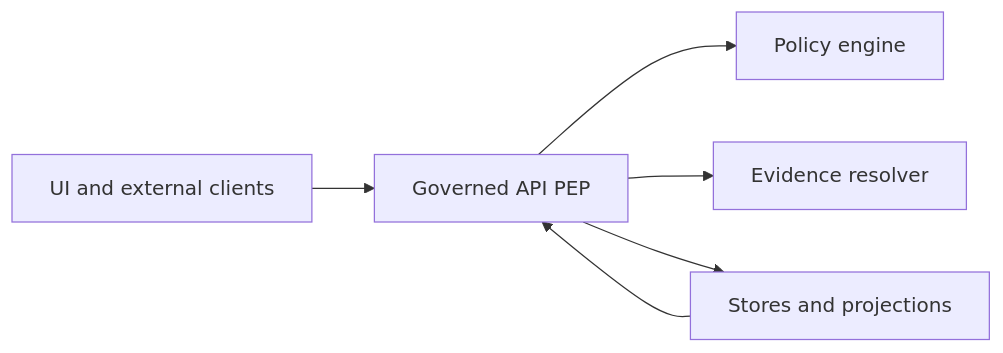
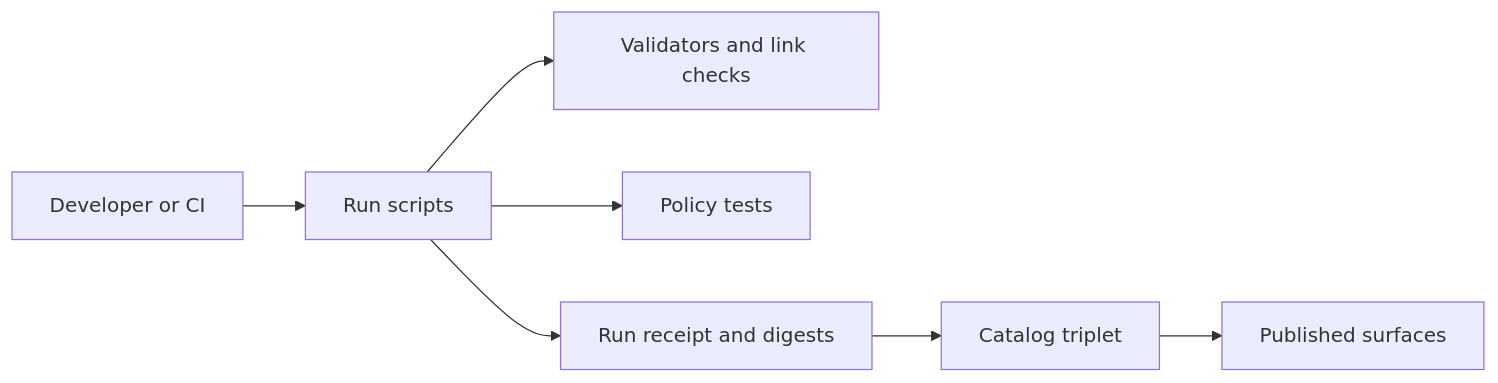
The diagram in scripts/README.md (bartytime4life/Kansas-Frontier-Matrix), drawn with Mermaid before and after one commit. The commit also changed other lines of this file, not shown here.

First line of the commit message:
Revise README.md for scripts governance and automation

````diff
--- a/scripts/README.md
+++ b/scripts/README.md
@@ -171,8 +169,9 @@
-```mermaid
+~~~mermaid
 flowchart LR
-  Client[UI and external clients] --> PEP[Governed API PEP]
-  PEP --> Policy[Policy engine]
-  PEP --> Evidence[Evidence resolver]
-  PEP --> Stores[Stores and projections]
-  Stores --> PEP
-```
+  Dev[Developer or CI] --> Run[Run scripts]
+  Run --> V[Validators and link checks]
+  Run --> P[Policy tests]
+  Run --> R[Run receipt and digests]
+  R --> C[Catalog triplet]
+  C --> Pub[Published surfaces]
+~~~
````
